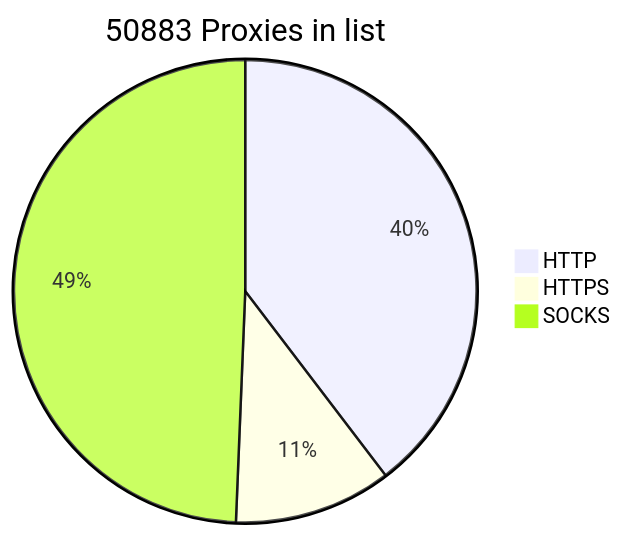
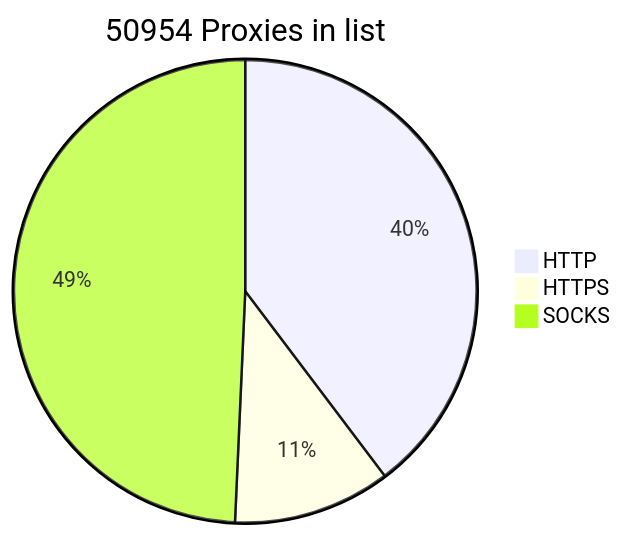
Before and after one commit to BlackSnowDot/proxylist-update-every-minute: the diagram in README.md, drawn with Mermaid.

````diff
--- a/README.md
+++ b/README.md
@@ -2,6 +2,6 @@
 ```mermaid
-pie title 50883 Proxies in list
-    "HTTP" : 22336
-    "HTTPS": 6206
+pie title 50954 Proxies in list
+    "HTTP" : 22406
+    "HTTPS": 6208
     "SOCKS" : 27817
 ```
````
